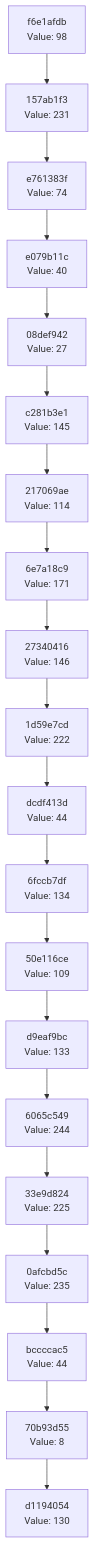
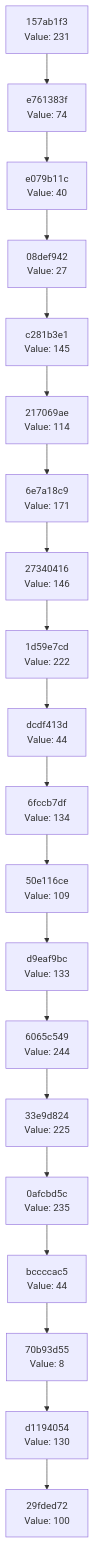
The diagram in docs/CHAIN_VISUALIZATION.md (Abhisheksinha1506/hash-chain-evolver), drawn with Mermaid before and after one commit. The commit also changed 2 other files, not shown here.

Commit message:
Evolution step: hash 0x64 → action executed

````diff
--- a/docs/CHAIN_VISUALIZATION.md
+++ b/docs/CHAIN_VISUALIZATION.md
@@ -3,42 +3,42 @@
 ```mermaid
 graph TD
-    C0["d1194054<br/>Value: 130"]
-    C1["70b93d55<br/>Value: 8"]
+    C0["29fded72<br/>Value: 100"]
+    C1["d1194054<br/>Value: 130"]
     C1 --> C0
-    C2["bccccac5<br/>Value: 44"]
+    C2["70b93d55<br/>Value: 8"]
     C2 --> C1
-    C3["0afcbd5c<br/>Value: 235"]
+    C3["bccccac5<br/>Value: 44"]
     C3 --> C2
-    C4["33e9d824<br/>Value: 225"]
+    C4["0afcbd5c<br/>Value: 235"]
     C4 --> C3
-    C5["6065c549<br/>Value: 244"]
+    C5["33e9d824<br/>Value: 225"]
     C5 --> C4
-    C6["d9eaf9bc<br/>Value: 133"]
+    C6["6065c549<br/>Value: 244"]
     C6 --> C5
-    C7["50e116ce<br/>Value: 109"]
+    C7["d9eaf9bc<br/>Value: 133"]
     C7 --> C6
-    C8["6fccb7df<br/>Value: 134"]
+    C8["50e116ce<br/>Value: 109"]
     C8 --> C7
-    C9["dcdf413d<br/>Value: 44"]
+    C9["6fccb7df<br/>Value: 134"]
     C9 --> C8
-    C10["1d59e7cd<br/>Value: 222"]
+    C10["dcdf413d<br/>Value: 44"]
     C10 --> C9
-    C11["27340416<br/>Value: 146"]
+    C11["1d59e7cd<br/>Value: 222"]
     C11 --> C10
-    C12["6e7a18c9<br/>Value: 171"]
+    C12["27340416<br/>Value: 146"]
     C12 --> C11
-    C13["217069ae<br/>Value: 114"]
+    C13["6e7a18c9<br/>Value: 171"]
     C13 --> C12
-    C14["c281b3e1<br/>Value: 145"]
+    C14["217069ae<br/>Value: 114"]
     C14 --> C13
-    C15["08def942<br/>Value: 27"]
+    C15["c281b3e1<br/>Value: 145"]
     C15 --> C14
-    C16["e079b11c<br/>Value: 40"]
+    C16["08def942<br/>Value: 27"]
     C16 --> C15
-    C17["e761383f<br/>Value: 74"]
+    C17["e079b11c<br/>Value: 40"]
     C17 --> C16
-    C18["157ab1f3<br/>Value: 231"]
+    C18["e761383f<br/>Value: 74"]
     C18 --> C17
-    C19["f6e1afdb<br/>Value: 98"]
+    C19["157ab1f3<br/>Value: 231"]
     C19 --> C18
 ```
````
